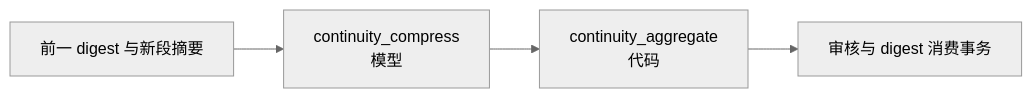
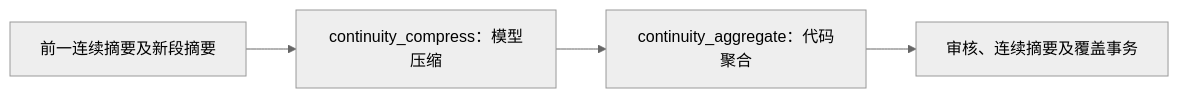
Before and after one commit to Weilan0811/echo-commons: the diagram in server/docs/design/reflection/continuity-compress.md, drawn with Mermaid (neutral theme). The commit also changed other lines of this file and 25 other files, not shown here.

````diff
--- a/server/docs/design/reflection/continuity-compress.md
+++ b/server/docs/design/reflection/continuity-compress.md
@@ -13,6 +13,6 @@
 ```mermaid
 flowchart LR
-  B[前一 digest 与新段摘要] --> C[continuity_compress<br/>模型]
-  C --> A[continuity_aggregate<br/>代码]
-  A --> R[审核与 digest 消费事务]
+    B[前一连续摘要及新段摘要] --> C[continuity_compress：模型压缩]
+    C --> A[continuity_aggregate：代码聚合]
+    A --> W[审核、连续摘要及覆盖事务]
 ```
````
